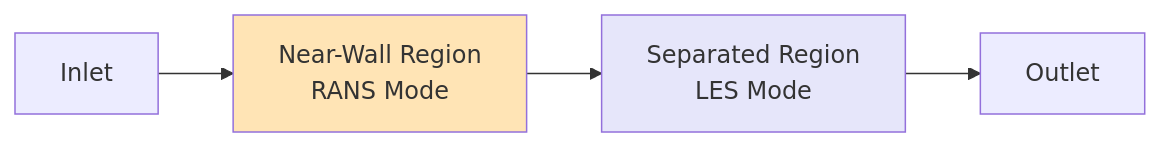
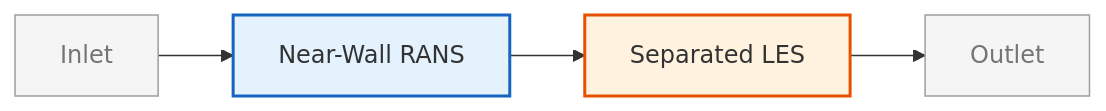
Before and after one commit to wramet/build-my-cfd: the second of 4 diagrams in MODULE_03_SINGLE_PHASE_FLOW/CONTENT/07_ADVANCED_TOPICS/02_Advanced_Turbulence.md, drawn with Mermaid. The commit also changed other lines of this file and 313 other files, not shown here.

Commit message:
Revise all diagram

````diff
--- a/MODULE_03_SINGLE_PHASE_FLOW/CONTENT/07_ADVANCED_TOPICS/02_Advanced_Turbulence.md
+++ b/MODULE_03_SINGLE_PHASE_FLOW/CONTENT/07_ADVANCED_TOPICS/02_Advanced_Turbulence.md
@@ -226,9 +228,11 @@
 ```mermaid
 flowchart LR
-    A[Inlet] --> B[Near-Wall Region<br/>RANS Mode]
-    B --> C[Separated Region<br/>LES Mode]
-    C --> D[Outlet]
-
-    style B fill:#FFE4B5
-    style C fill:#E6E6FA
+%% Classes
+classDef explicit fill:#fff3e0,stroke:#e65100,stroke-width:2px;
+classDef implicit fill:#e3f2fd,stroke:#1565c0,stroke-width:2px;
+classDef context fill:#f5f5f5,stroke:#9e9e9e,stroke-width:1px,color:#757575;
+%% Nodes
+A[Inlet]:::context --> B[Near-Wall RANS]:::implicit
+B --> C[Separated LES]:::explicit
+C --> D[Outlet]:::context
 ```
````
